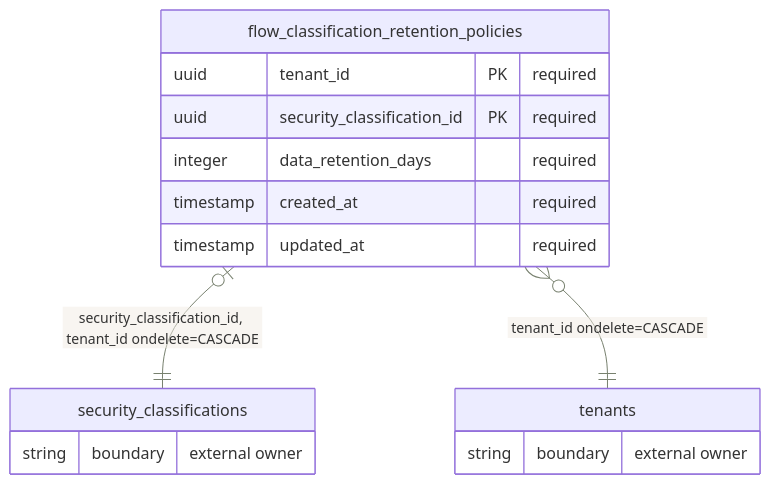
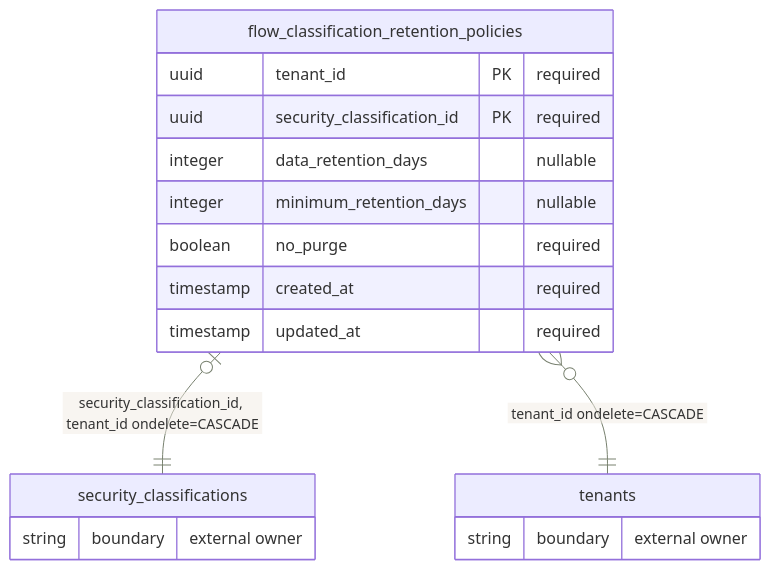
One commit to eneo-ai/eneo changed the fifth of 6 diagrams in frontend/apps/docs-site/src/content/docs/flows-for-developers/data-schema.mdx. Above: the diagram before and after it, drawn with Mermaid. The commit also changed 46 other files, not shown here.

First line of the commit message:
fix(flows): enforce retention policy barriers

````diff
--- a/frontend/apps/docs-site/src/content/docs/flows-for-developers/data-schema.mdx
+++ b/frontend/apps/docs-site/src/content/docs/flows-for-developers/data-schema.mdx
@@ -659,19 +659,21 @@
 ```mermaid
 %%{init: {"themeVariables": {"background": "#f8f6f0", "primaryColor": "#e8ded1", "primaryTextColor": "#242620", "primaryBorderColor": "#6f7b5d", "secondaryColor": "#d7e0d2", "tertiaryColor": "#f1ece4", "lineColor": "#78816f", "edgeLabelBackground": "#f8f6f0", "clusterBkg": "#f4efe7", "clusterBorder": "#9a8a73", "fontFamily": "Inter, ui-sans-serif, system-ui, sans-serif"}}}%%
 erDiagram
   flow_classification_retention_policies {
     uuid tenant_id PK "required"
     uuid security_classification_id PK "required"
-    integer data_retention_days "required"
+    integer data_retention_days "nullable"
+    integer minimum_retention_days "nullable"
+    boolean no_purge "required"
     timestamp created_at "required"
     timestamp updated_at "required"
   }
   security_classifications {
     string boundary "external owner"
   }
   tenants {
     string boundary "external owner"
   }
   flow_classification_retention_policies |o--|| security_classifications : "security_classification_id, tenant_id ondelete=CASCADE"
   flow_classification_retention_policies }o--|| tenants : "tenant_id ondelete=CASCADE"
 ```
````
